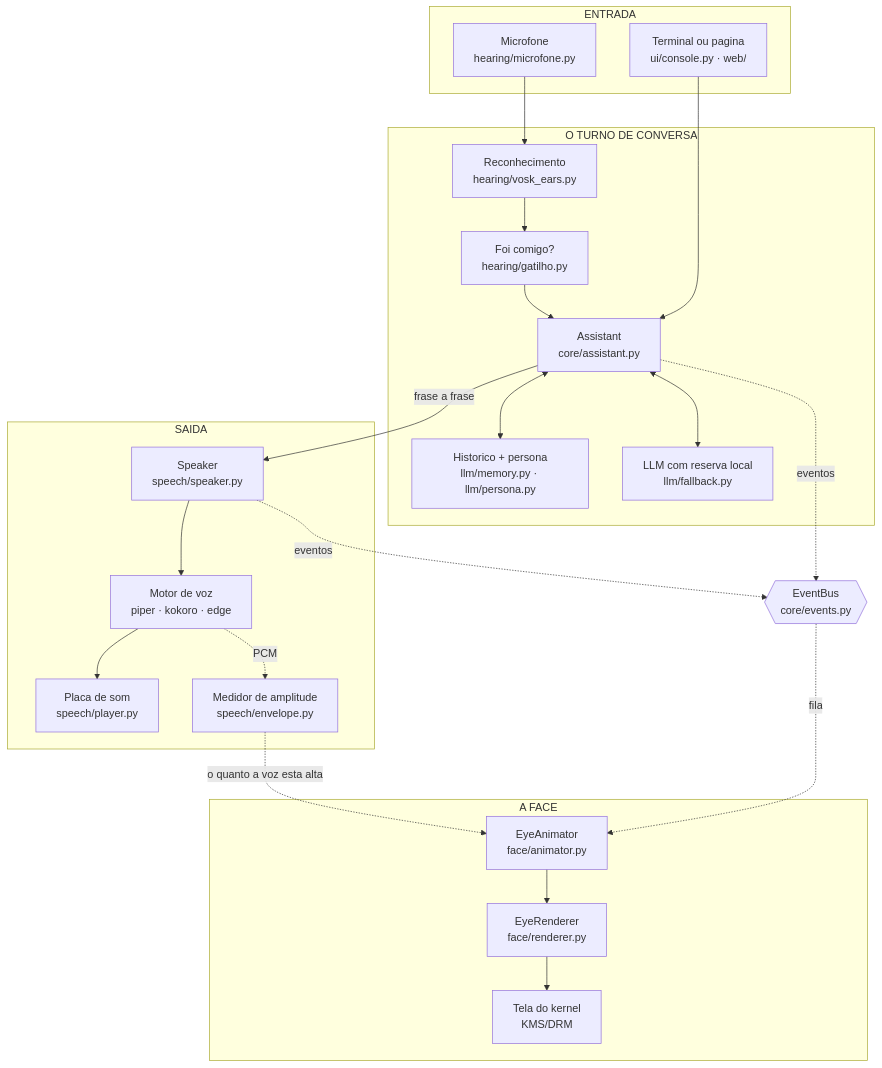
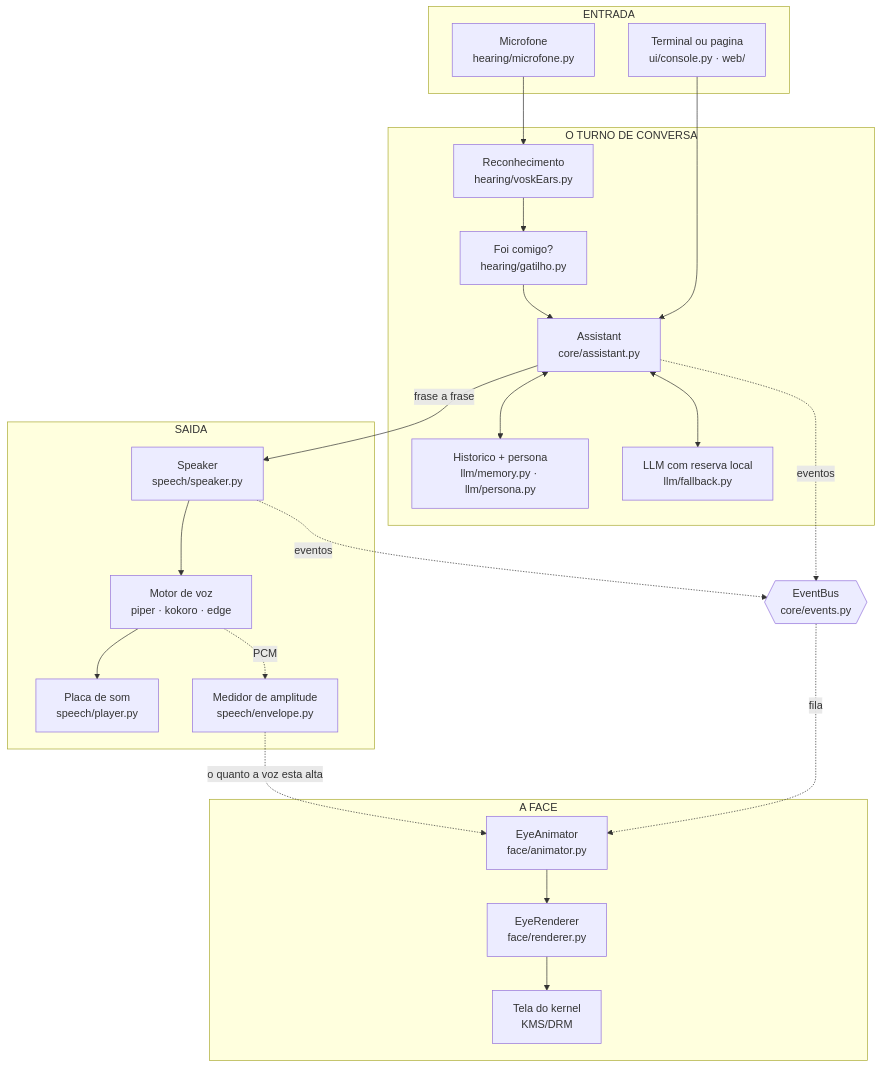
One commit to setrem-robot/atlas_ai_v2 changed the first of 3 diagrams in COMO-FUNCIONA.md. Above: the diagram before and after it, drawn with Mermaid. The commit also changed other lines of this file and 3 other files, not shown here.

````diff
--- a/COMO-FUNCIONA.md
+++ b/COMO-FUNCIONA.md
@@ -28,45 +28,45 @@
 ```mermaid
 flowchart TB
     subgraph ENTRADA["ENTRADA"]
         MIC["Microfone<br/>hearing/microfone.py"]
         TEXTO["Terminal ou pagina<br/>ui/console.py · web/"]
     end
 
     subgraph CEREBRO["O TURNO DE CONVERSA"]
-        STT["Reconhecimento<br/>hearing/vosk_ears.py"]
+        STT["Reconhecimento<br/>hearing/voskEars.py"]
         GATILHO["Foi comigo?<br/>hearing/gatilho.py"]
         ASSIST["Assistant<br/>core/assistant.py"]
         MEM["Historico + persona<br/>llm/memory.py · llm/persona.py"]
         LLM["LLM com reserva local<br/>llm/fallback.py"]
     end
 
     subgraph SAIDA["SAIDA"]
         SPEAKER["Speaker<br/>speech/speaker.py"]
         TTS["Motor de voz<br/>piper · kokoro · edge"]
         SINK["Placa de som<br/>speech/player.py"]
         ENV["Medidor de amplitude<br/>speech/envelope.py"]
     end
 
     subgraph FACE["A FACE"]
         ANIM["EyeAnimator<br/>face/animator.py"]
         REND["EyeRenderer<br/>face/renderer.py"]
         TELA["Tela do kernel<br/>KMS/DRM"]
     end
 
     BUS{{"EventBus<br/>core/events.py"}}
 
     MIC --> STT --> GATILHO --> ASSIST
     TEXTO --> ASSIST
     ASSIST <--> MEM
     ASSIST <--> LLM
     ASSIST -- "frase a frase" --> SPEAKER
     SPEAKER --> TTS --> SINK
     TTS -. "PCM" .-> ENV
     ENV -. "o quanto a voz esta alta" .-> ANIM
     ANIM --> REND --> TELA
 
     ASSIST -. "eventos" .-> BUS
     SPEAKER -. "eventos" .-> BUS
     BUS -. "fila" .-> ANIM
 
 ```
````
